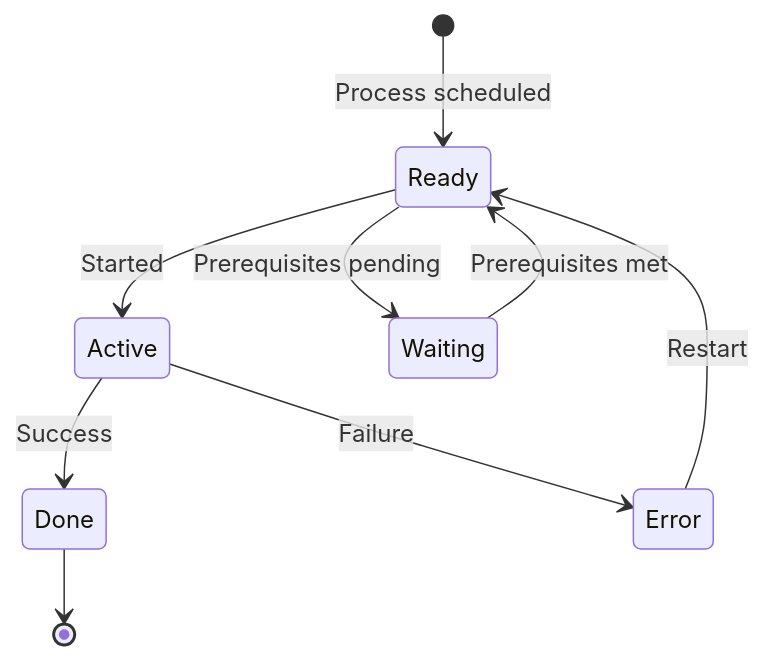
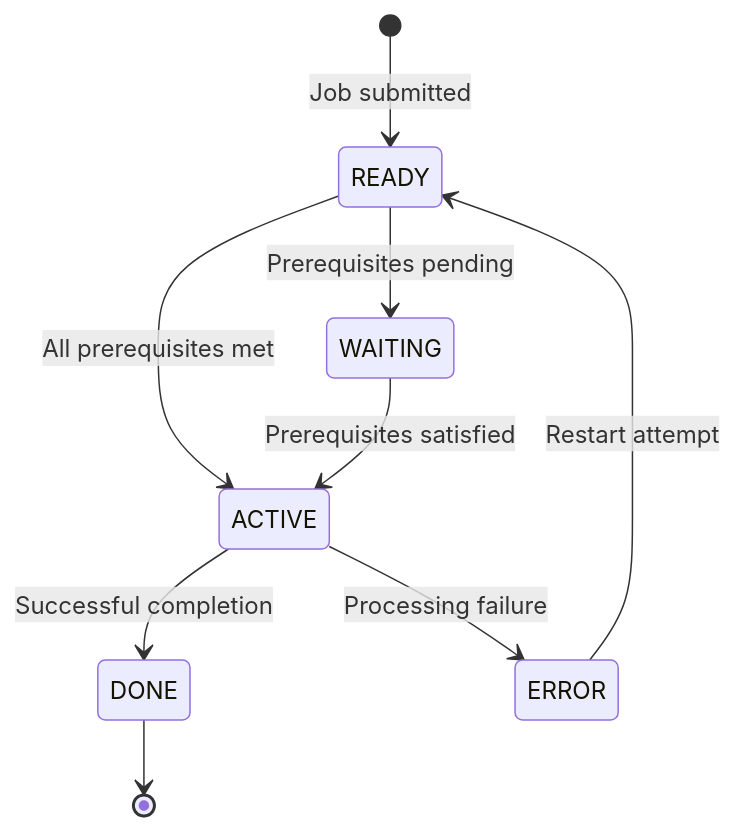
One commit to haladir-com/legacy-benchmark-docs-vb70e1 changed the diagram in docs/copybooks/BCHCON.mdx. Above: the diagram before and after it, drawn with Mermaid. The commit also changed other lines of this file and 63 other files, not shown here.

````diff
--- a/docs/copybooks/BCHCON.mdx
+++ b/docs/copybooks/BCHCON.mdx
@@ -63,11 +209,11 @@
 ```mermaid
 stateDiagram-v2
-    [*] --> Ready: Process scheduled
-    Ready --> Active: Started
-    Ready --> Waiting: Prerequisites pending
-    Waiting --> Ready: Prerequisites met
-    Active --> Done: Success
-    Active --> Error: Failure
-    Done --> [*]
-    Error --> Ready: Restart
+    [*] --> READY: Job submitted
+    READY --> WAITING: Prerequisites pending
+    READY --> ACTIVE: All prerequisites met
+    WAITING --> ACTIVE: Prerequisites satisfied
+    ACTIVE --> DONE: Successful completion
+    ACTIVE --> ERROR: Processing failure
+    ERROR --> READY: Restart attempt
+    DONE --> [*]
 ```
````
